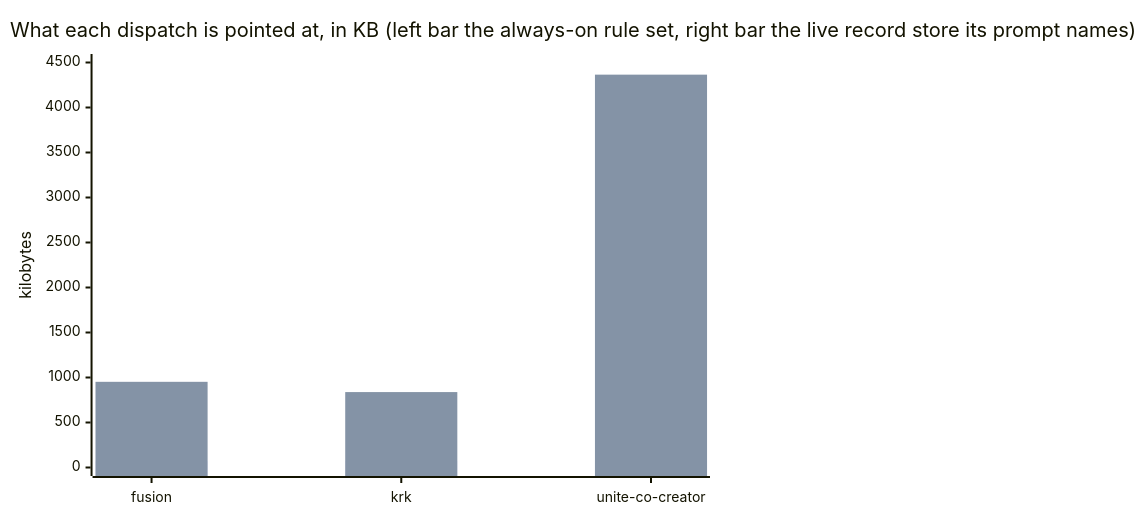
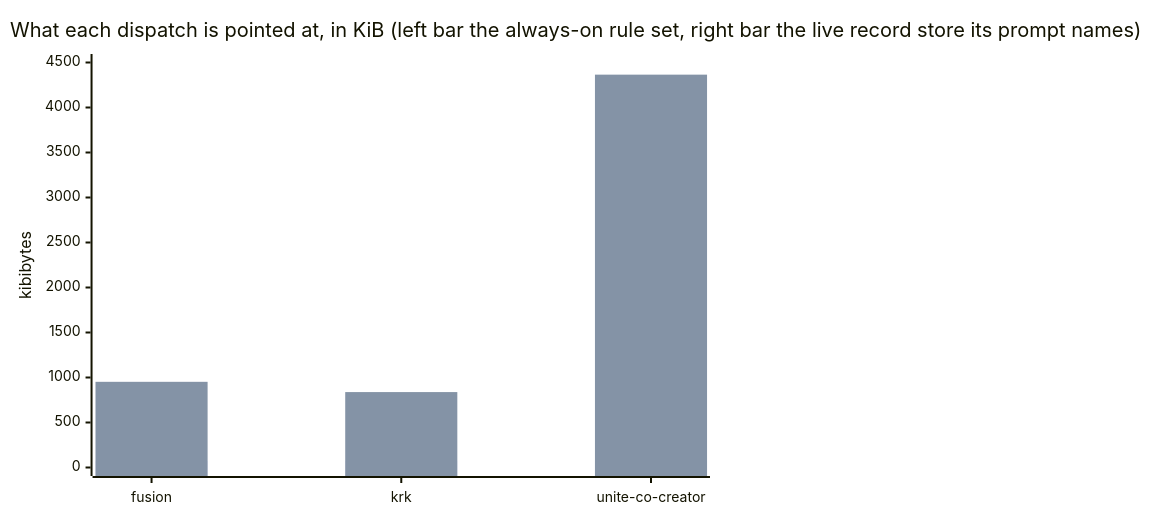
Before and after one commit to tenzoki/fusion: diagram 15 of 19 in fusion-workbench/shared/analyses/260909-1047-size-versus-bookkeeping-across-three-projects.md, drawn with Mermaid. The commit also changed other lines of this file and 1 other file, not shown here.

````diff
--- a/fusion-workbench/shared/analyses/260909-1047-size-versus-bookkeeping-across-three-projects.md
+++ b/fusion-workbench/shared/analyses/260909-1047-size-versus-bookkeeping-across-three-projects.md
@@ -475,8 +506,8 @@
 ```mermaid
 xychart-beta
-    title "What each dispatch is pointed at, in KB (left bar the always-on rule set, right bar the live record store its prompt names)"
+    title "What each dispatch is pointed at, in KiB (left bar the always-on rule set, right bar the live record store its prompt names)"
     x-axis ["fusion", "krk", "unite-co-creator"]
-    y-axis "kilobytes" 0 --> 4500
-    bar [72, 72, 72]
+    y-axis "kibibytes" 0 --> 4500
+    bar [74, 74, 74]
     bar [952, 838, 4365]
 ```
````
